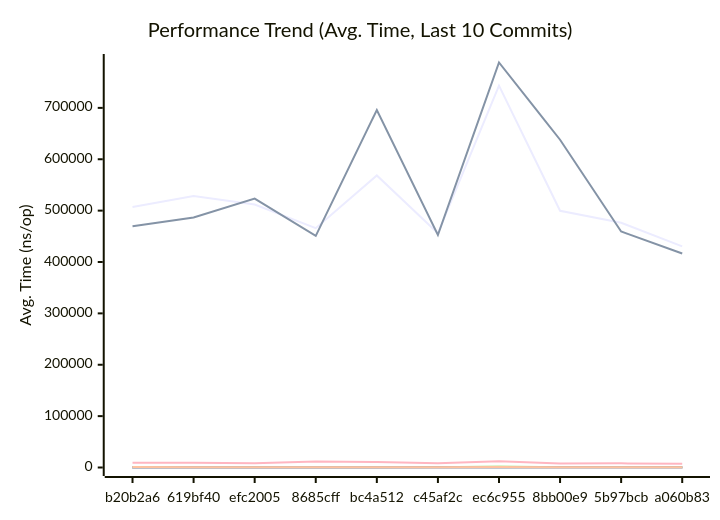
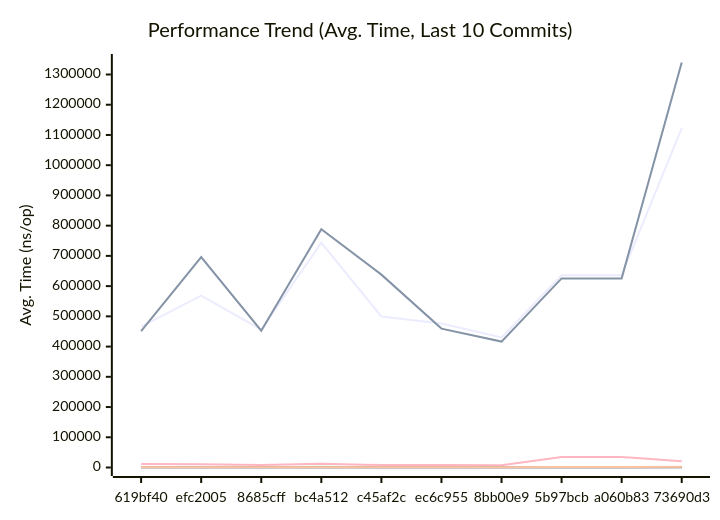
One commit to alsotoes/momo changed the first of 3 diagrams in docs/PERFORMANCE.md. Above: the diagram before and after it, drawn with Mermaid. The commit also changed other lines of this file and 4 other files, not shown here.

````diff
--- a/docs/PERFORMANCE.md
+++ b/docs/PERFORMANCE.md
@@ -145,20 +145,20 @@
 ```mermaid
 xychart-beta
     title "Performance Trend (Avg. Time, Last 10 Commits)"
     x-axis "Commit"
     y-axis "Avg. Time (ns/op)"
-    x-axis [b20b2a6,619bf40,efc2005,8685cff,bc4a512,c45af2c,ec6c955,8bb00e9,5b97bcb,a060b83]
-    line "AWSChunkedReaderSigned" [507099,528608,511934,465777,568519,455946,743381,499698,476394,430367]
-    line "AWSChunkedReaderUnsigned" [469747,486617,523389,450952,695863,452536,788330,637971,459420,416513]
-    line "CheckMetricsAndSwap" [9,9,11,9,12,8,14,9,8,8]
-    line "CrushOptimized" [366,323,333,409,430,318,551,318,348,309]
-    line "CrushOriginal" [546,550,489,590,762,454,2113,682,547,422]
-    line "IndexDirectTracking" [0,0,0,0,1,0,1,0,0,0]
-    line "IndexSearch" [3,3,3,3,4,3,4,3,3,3]
-    line "LoadGlobalConfig" [9180,9457,8266,11444,10501,8376,12340,8029,8057,7072]
-    line "PadString" [50,49,47,56,70,48,81,49,48,39]
+    x-axis [619bf40,efc2005,8685cff,bc4a512,c45af2c,ec6c955,8bb00e9,5b97bcb,a060b83,73690d3]
+    line "AWSChunkedReaderSigned" [465777,568519,455946,743381,499698,476394,430367,636323,636323,1122523]
+    line "AWSChunkedReaderUnsigned" [450952,695863,452536,788330,637971,459420,416513,625607,625607,1339704]
+    line "CheckMetricsAndSwap" [9,12,8,14,9,8,8,19,19,26]
+    line "CrushOptimized" [409,430,318,551,318,348,309,680,680,668]
+    line "CrushOriginal" [590,762,454,2113,682,547,422,752,752,1263]
+    line "IndexDirectTracking" [0,1,0,1,0,0,0,0,0,1]
+    line "IndexSearch" [3,4,3,4,3,3,3,3,3,4]
+    line "LoadGlobalConfig" [11444,10501,8376,12340,8029,8057,7072,34747,34747,20485]
+    line "PadString" [56,70,48,81,49,48,39,128,128,128]
     line "ParseReplicationOrder_NoPrealloc" [350,349,357,354,345,225,229,165,232,234]
     line "ParseReplicationOrder_Prealloc" [229,231,237,234,229,108,107,80,110,109]
-    line "SanitizeLog/Safe" [482,560,430,509,554,446,711,548,506,417]
-    line "SanitizeLog/Unsafe" [785,678,656,684,714,605,1045,670,548,504]
+    line "SanitizeLog/Safe" [509,554,446,711,548,506,417,827,827,1308]
+    line "SanitizeLog/Unsafe" [684,714,605,1045,670,548,504,1598,1598,2365]
 ```
````
